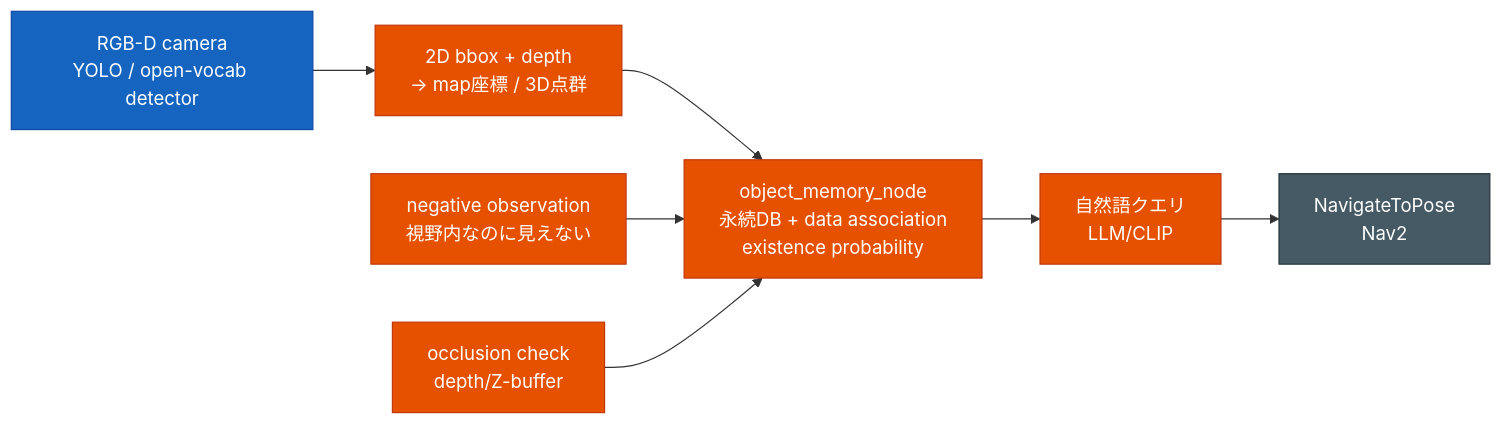
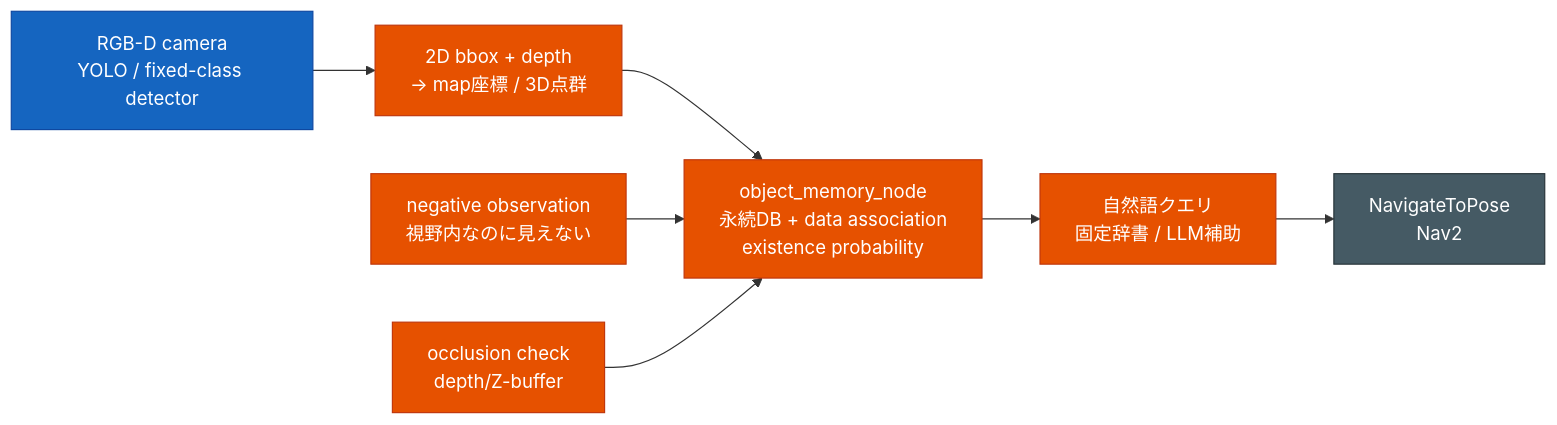
One commit to sato-susumu/susumu_object_perception changed the first of 2 diagrams in docs/semantic_object_memory_comparison.md. Above: the diagram before and after it, drawn with Mermaid. The commit also changed other lines of this file and 40 other files, not shown here.

````diff
--- a/docs/semantic_object_memory_comparison.md
+++ b/docs/semantic_object_memory_comparison.md
@@ -18,19 +18,19 @@
 ```mermaid
 flowchart LR
-  rgbd["RGB-D camera<br/>YOLO / open-vocab detector"]:::hd
+  rgbd["RGB-D camera<br/>YOLO / fixed-class detector"]:::hd
   lift["2D bbox + depth<br/>-> map座標 / 3D点群"]:::own
   mem["object_memory_node<br/>永続DB + data association<br/>existence probability"]:::own
   neg["negative observation<br/>視野内なのに見えない"]:::own
   occ["occlusion check<br/>depth/Z-buffer"]:::own
-  q["自然語クエリ<br/>LLM/CLIP"]:::own
+  q["自然語クエリ<br/>固定辞書 / LLM補助"]:::own
   nav["NavigateToPose<br/>Nav2"]:::ext
 
   rgbd --> lift --> mem
   neg --> mem
   occ --> mem
   mem --> q --> nav
 
   classDef own fill:#e65100,stroke:#bf360c,color:#fff;
   classDef hd fill:#1565c0,stroke:#0d47a1,color:#fff;
   classDef ext fill:#455a64,stroke:#263238,color:#fff;
 ```
````
